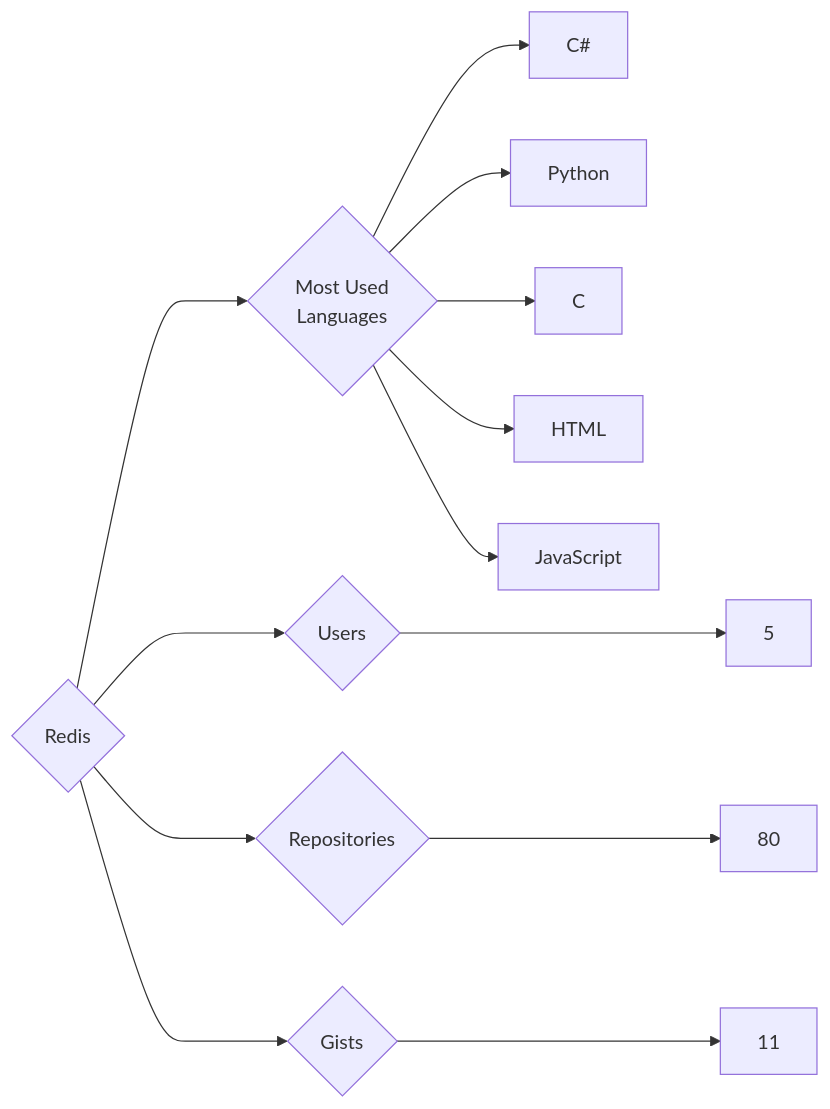
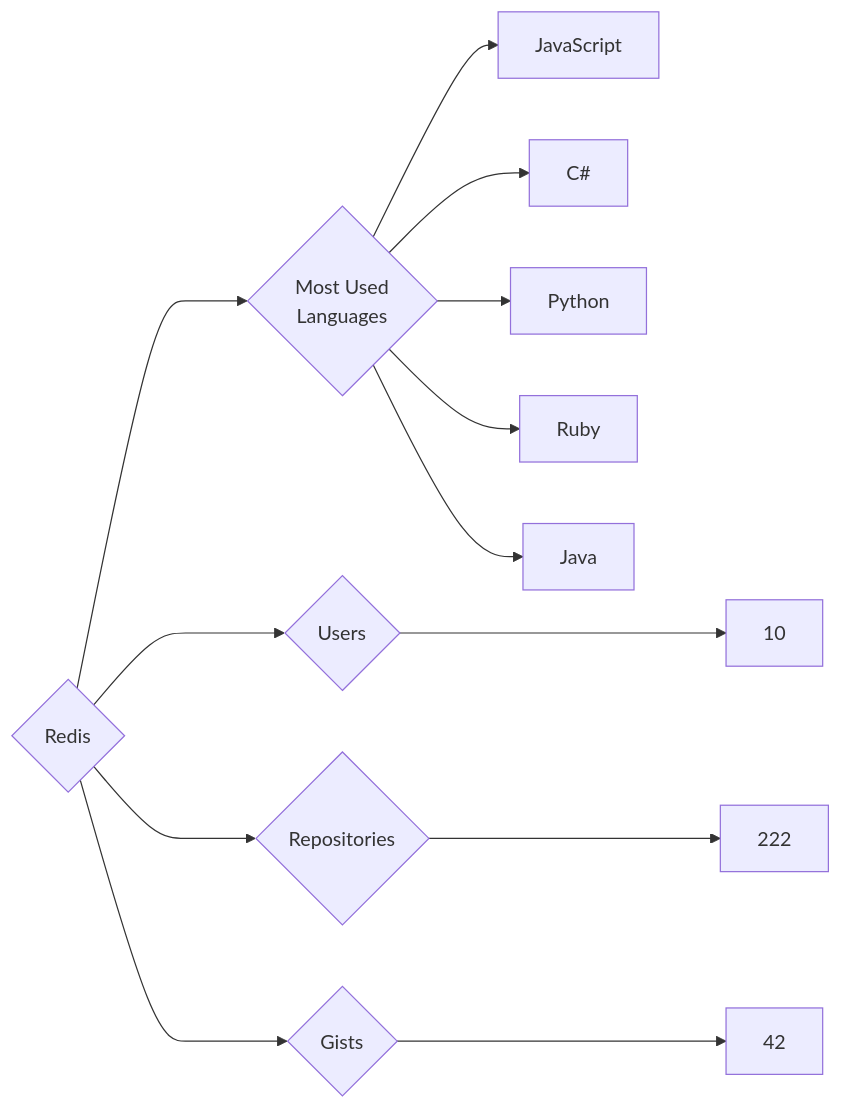
One commit to trickest/insiders changed the diagram in targets/Redis/README.md. Above: the diagram before and after it, drawn with Mermaid. The commit also changed 806 other files, not shown here.

````diff
--- a/targets/Redis/README.md
+++ b/targets/Redis/README.md
@@ -3,13 +3,13 @@
 ```mermaid
 graph LR
 COMPANY_NAME{Redis}
-COMPANY_NAME ---> U{Users} ---> UN[5]
-COMPANY_NAME ---> R{Repositories} ---> RN[80]
-COMPANY_NAME ---> G{Gists} ---> GN[11]
+COMPANY_NAME ---> U{Users} ---> UN[10]
+COMPANY_NAME ---> R{Repositories} ---> RN[222]
+COMPANY_NAME ---> G{Gists} ---> GN[42]
 COMPANY_NAME ---> ML{Most Used<br>Languages}
+ML --> JavaScript[JavaScript]
 ML --> C#[C#]
 ML --> Python[Python]
-ML --> C[C]
-ML --> HTML[HTML]
-ML --> JavaScript[JavaScript]
+ML --> Ruby[Ruby]
+ML --> Java[Java]
 ```
````
